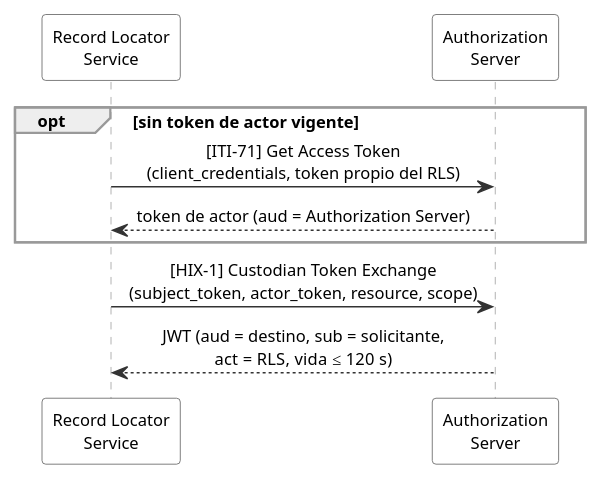
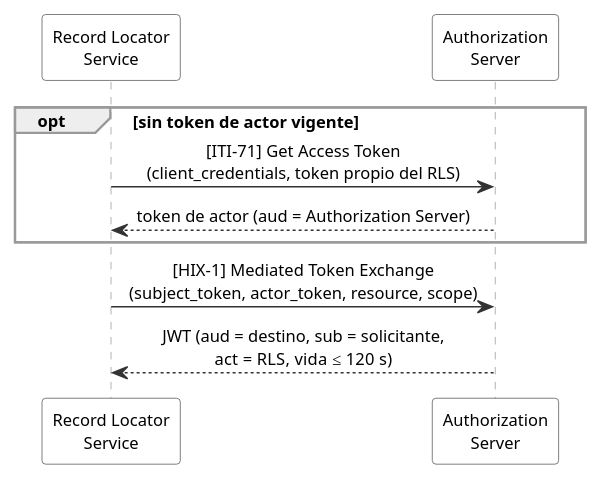
One commit to meddyg/HIX changed the diagram in _diagrams/hix-2-hix-1.plantuml. Above: the diagram before and after it, drawn with PlantUML. The commit also changed 8 other files, not shown here.

Commit message:
docs: rename HIX-1 to Mediated Token Exchange

```diff
--- a/_diagrams/hix-2-hix-1.plantuml
+++ b/_diagrams/hix-2-hix-1.plantuml
@@ -1,24 +1,24 @@
 @startuml hix-2-hix-1
 skinparam shadowing false
 skinparam defaultFontName Verdana
 skinparam defaultFontSize 11
 skinparam sequenceMessageAlign center
 skinparam ParticipantPadding 8
 skinparam sequence {
   ArrowColor #333333
   LifeLineBorderColor #999999
   ParticipantBorderColor #555555
   ParticipantBackgroundColor white
   GroupBorderColor #999999
 }
 
 participant "Record Locator\nService" as RLS
 participant "Authorization\nServer" as AS
 
 opt sin token de actor vigente
   RLS -> AS : [ITI-71] Get Access Token\n(client_credentials, token propio del RLS)
   AS --> RLS : token de actor (aud = Authorization Server)
 end
-RLS -> AS : [HIX-1] Custodian Token Exchange\n(subject_token, actor_token, resource, scope)
+RLS -> AS : [HIX-1] Mediated Token Exchange\n(subject_token, actor_token, resource, scope)
 AS --> RLS : JWT (aud = destino, sub = solicitante,\nact = RLS, vida ≤ 120 s)
 @enduml
```
